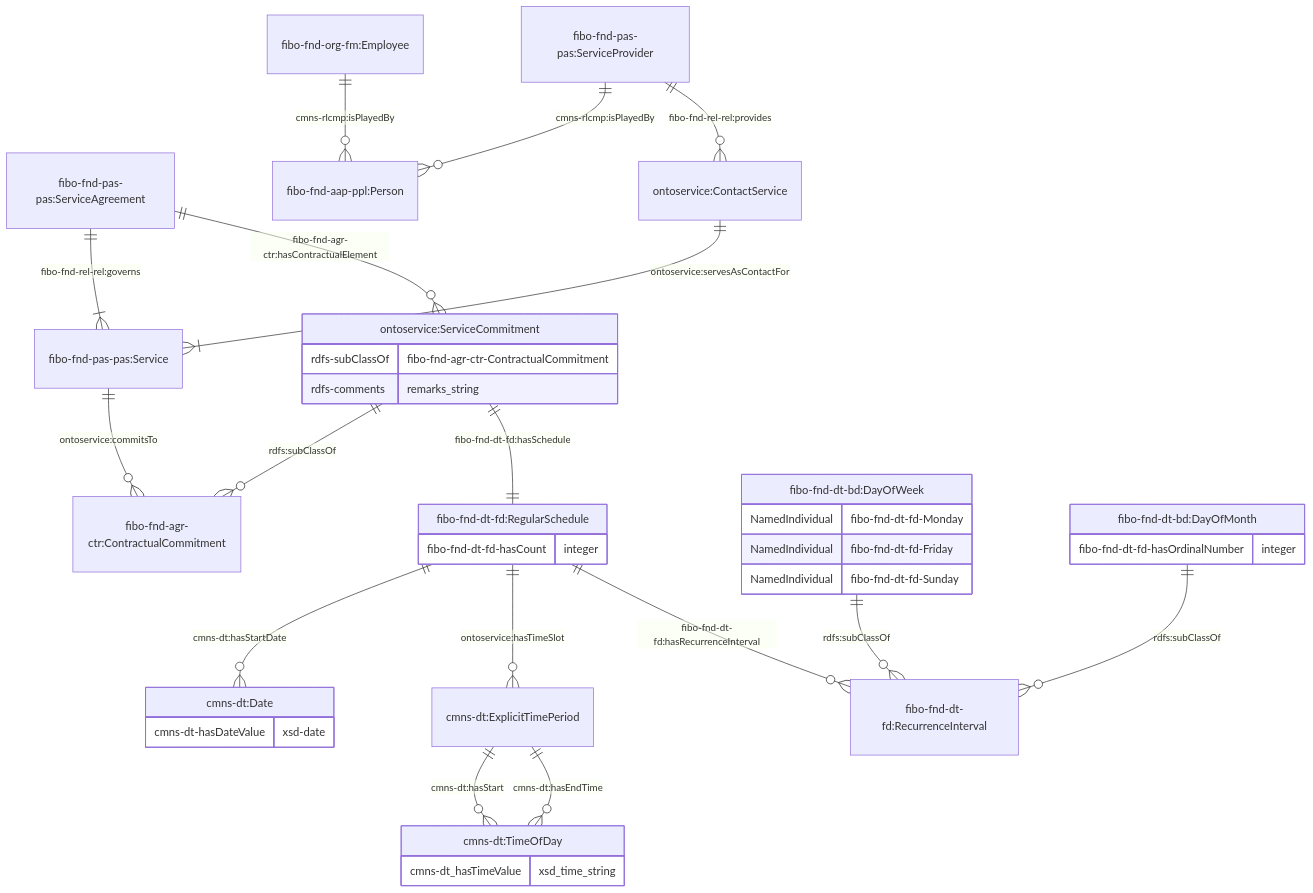
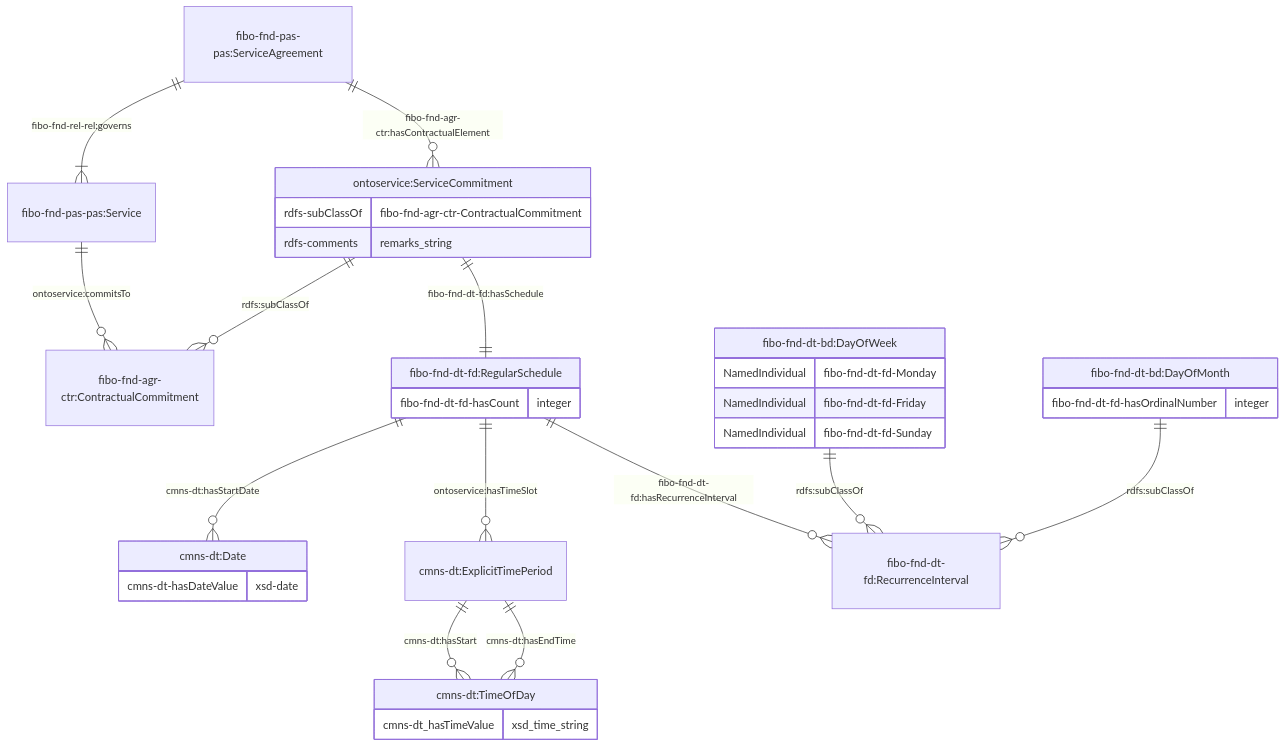
The fourth of 6 diagrams in JPS_Ontology/ontology/ontoservice/README.md (cambridge-cares/TheWorldAvatar), drawn with Mermaid before and after one commit. The commit also changed other lines of this file, not shown here.

Commit message:
dev-ontoservice-lifecycle: Clarify point of contact in documentation

````diff
--- a/JPS_Ontology/ontology/ontoservice/README.md
+++ b/JPS_Ontology/ontology/ontoservice/README.md
@@ -128,43 +145,39 @@
 ```mermaid
     erDiagram
     "fibo-fnd-pas-pas:ServiceAgreement" ||--|{ "fibo-fnd-pas-pas:Service" : "fibo-fnd-rel-rel:governs"
-    "fibo-fnd-org-fm:Employee" ||--o{ "fibo-fnd-aap-ppl:Person"  : "cmns-rlcmp:isPlayedBy"
-    "fibo-fnd-pas-pas:ServiceProvider" ||--o{ "fibo-fnd-aap-ppl:Person"  : "cmns-rlcmp:isPlayedBy"
-    "fibo-fnd-pas-pas:ServiceProvider" ||--o{ "ontoservice:ContactService"  : "fibo-fnd-rel-rel:provides"
-    "ontoservice:ContactService" ||--|{ "fibo-fnd-pas-pas:Service" : "ontoservice:servesAsContactFor"
 
     "fibo-fnd-pas-pas:ServiceAgreement" ||--o{ "ontoservice:ServiceCommitment" : "fibo-fnd-agr-ctr:hasContractualElement"
     "ontoservice:ServiceCommitment" ||--o{ "fibo-fnd-agr-ctr:ContractualCommitment" : "rdfs:subClassOf"
     "fibo-fnd-pas-pas:Service" ||--o{ "fibo-fnd-agr-ctr:ContractualCommitment" : "ontoservice:commitsTo"
 
     "ontoservice:ServiceCommitment" {
         rdfs-subClassOf fibo-fnd-agr-ctr-ContractualCommitment
         rdfs-comments remarks_string
     }
 
     "ontoservice:ServiceCommitment" ||--|| "fibo-fnd-dt-fd:RegularSchedule" : "fibo-fnd-dt-fd:hasSchedule"
      "fibo-fnd-dt-fd:RegularSchedule" {
         fibo-fnd-dt-fd-hasCount integer
     }
     "fibo-fnd-dt-fd:RegularSchedule" ||--o{ "cmns-dt:Date" : "cmns-dt:hasStartDate"
     "cmns-dt:Date" {
         cmns-dt-hasDateValue xsd-date
     }
     "fibo-fnd-dt-fd:RegularSchedule" ||--o{ "cmns-dt:ExplicitTimePeriod" : "ontoservice:hasTimeSlot"
     "cmns-dt:ExplicitTimePeriod" ||--o{ "cmns-dt:TimeOfDay" : "cmns-dt:hasStart"
     "cmns-dt:ExplicitTimePeriod" ||--o{ "cmns-dt:TimeOfDay" : "cmns-dt:hasEndTime"
     "cmns-dt:TimeOfDay" {
         cmns-dt_hasTimeValue xsd_time_string
     }
     "fibo-fnd-dt-fd:RegularSchedule" ||--o{ "fibo-fnd-dt-fd:RecurrenceInterval" : "fibo-fnd-dt-fd:hasRecurrenceInterval"
     "fibo-fnd-dt-bd:DayOfWeek" ||--o{ "fibo-fnd-dt-fd:RecurrenceInterval" : "rdfs:subClassOf"
     "fibo-fnd-dt-bd:DayOfWeek" {
         NamedIndividual fibo-fnd-dt-fd-Monday
         NamedIndividual fibo-fnd-dt-fd-Friday
         NamedIndividual fibo-fnd-dt-fd-Sunday
     }
     "fibo-fnd-dt-bd:DayOfMonth" ||--o{ "fibo-fnd-dt-fd:RecurrenceInterval" : "rdfs:subClassOf"
     "fibo-fnd-dt-bd:DayOfMonth" {
         fibo-fnd-dt-fd-hasOrdinalNumber integer
     }
 ```
````
